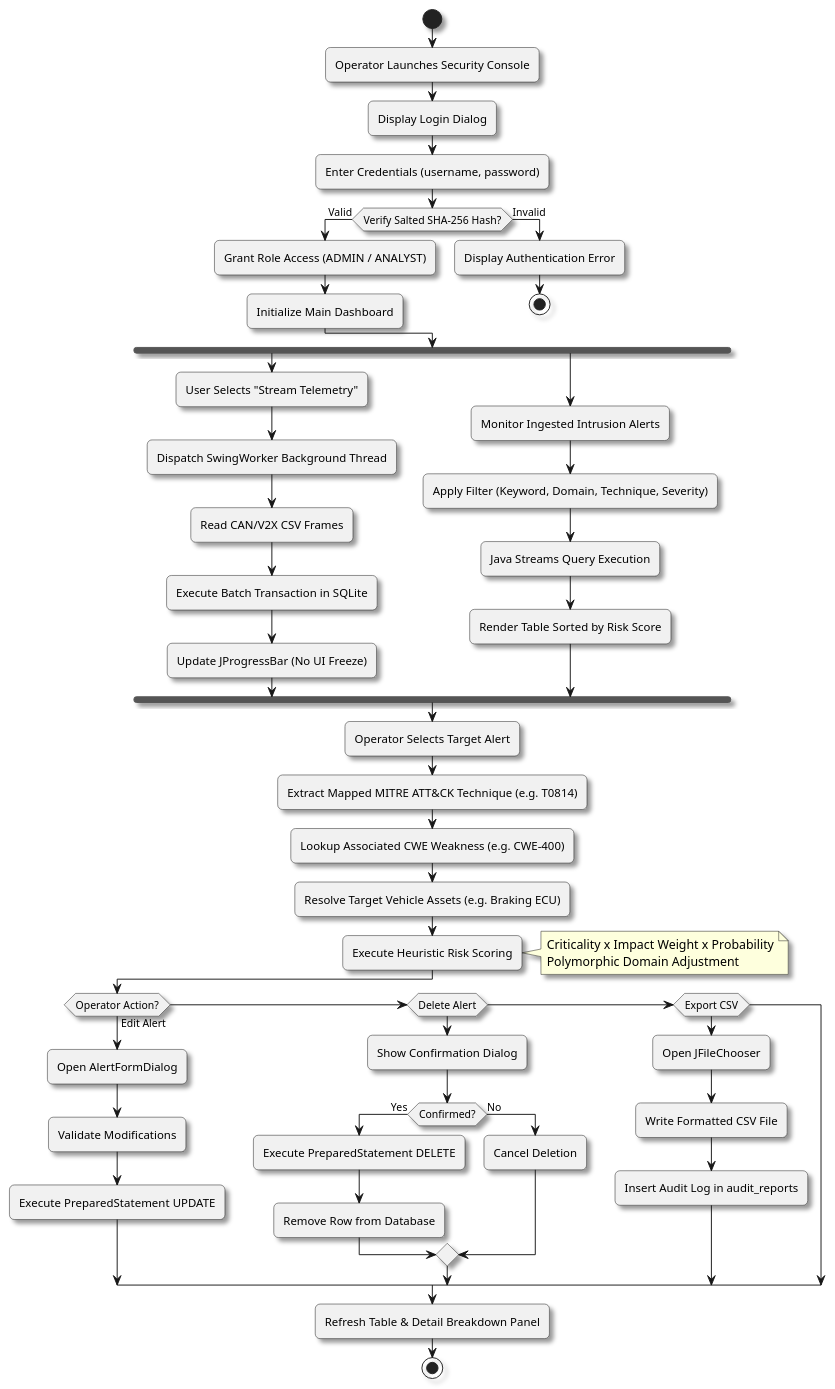
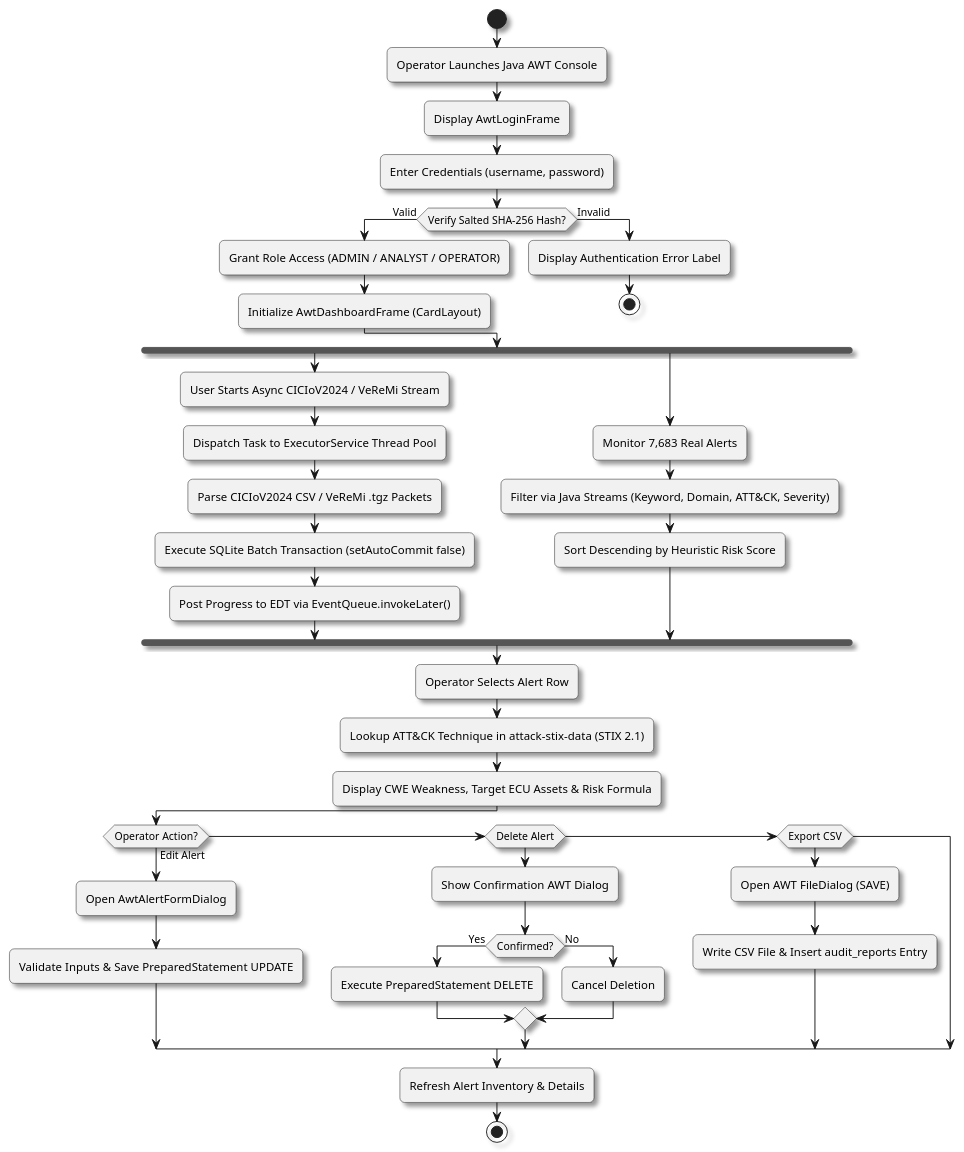
One commit to YUVRAJ-SINGH-3178/CTI-INT changed the diagram in Documentation/uml_activity_diagram.puml. Above: the diagram before and after it, drawn with PlantUML. The commit also changed other lines of this file and 50 other files, not shown here.

Commit message:
Update Report DOCX, PPTX presentation, 20-run verification, live AWT screenshots, UML diagrams, docs, and verified Dataset results

```diff
--- a/Documentation/uml_activity_diagram.puml
+++ b/Documentation/uml_activity_diagram.puml
@@ -1,64 +1,53 @@
 @startuml
 skinparam roundcorner 10
 skinparam shadowing true
 
 start
 
-:Operator Launches Security Console;
-:Display Login Dialog;
+:Operator Launches Java AWT Console;
+:Display AwtLoginFrame;
 :Enter Credentials (username, password);
 
 if (Verify Salted SHA-256 Hash?) then (Valid)
-    :Grant Role Access (ADMIN / ANALYST);
-    :Initialize Main Dashboard;
+    :Grant Role Access (ADMIN / ANALYST / OPERATOR);
+    :Initialize AwtDashboardFrame (CardLayout);
 else (Invalid)
-    :Display Authentication Error;
+    :Display Authentication Error Label;
     stop
 endif
 
 fork
-    :User Selects "Stream Telemetry";
-    :Dispatch SwingWorker Background Thread;
-    :Read CAN/V2X CSV Frames;
-    :Execute Batch Transaction in SQLite;
-    :Update JProgressBar (No UI Freeze);
+    :User Starts Async CICIoV2024 / VeReMi Stream;
+    :Dispatch Task to ExecutorService Thread Pool;
+    :Parse CICIoV2024 CSV / VeReMi .tgz Packets;
+    :Execute SQLite Batch Transaction (setAutoCommit false);
+    :Post Progress to EDT via EventQueue.invokeLater();
 fork again
-    :Monitor Ingested Intrusion Alerts;
-    :Apply Filter (Keyword, Domain, Technique, Severity);
-    :Java Streams Query Execution;
-    :Render Table Sorted by Risk Score;
+    :Monitor 7,683 Real Alerts;
+    :Filter via Java Streams (Keyword, Domain, ATT&CK, Severity);
+    :Sort Descending by Heuristic Risk Score;
 end fork
 
-:Operator Selects Target Alert;
-:Extract Mapped MITRE ATT&CK Technique (e.g. T0814);
-:Lookup Associated CWE Weakness (e.g. CWE-400);
-:Resolve Target Vehicle Assets (e.g. Braking ECU);
-
-:Execute Heuristic Risk Scoring;
-note right
-  Criticality x Impact Weight x Probability
-  Polymorphic Domain Adjustment
-end note
+:Operator Selects Alert Row;
+:Lookup ATT&CK Technique in attack-stix-data (STIX 2.1);
+:Display CWE Weakness, Target ECU Assets & Risk Formula;
 
 if (Operator Action?) then (Edit Alert)
-    :Open AlertFormDialog;
-    :Validate Modifications;
-    :Execute PreparedStatement UPDATE;
+    :Open AwtAlertFormDialog;
+    :Validate Inputs & Save PreparedStatement UPDATE;
 else if (Delete Alert)
-    :Show Confirmation Dialog;
+    :Show Confirmation AWT Dialog;
     if (Confirmed?) then (Yes)
         :Execute PreparedStatement DELETE;
-        :Remove Row from Database;
     else (No)
         :Cancel Deletion;
     endif
 else if (Export CSV)
-    :Open JFileChooser;
-    :Write Formatted CSV File;
-    :Insert Audit Log in audit_reports;
+    :Open AWT FileDialog (SAVE);
+    :Write CSV File & Insert audit_reports Entry;
 endif
 
-:Refresh Table & Detail Breakdown Panel;
+:Refresh Alert Inventory & Details;
 
 stop
 @enduml
```
